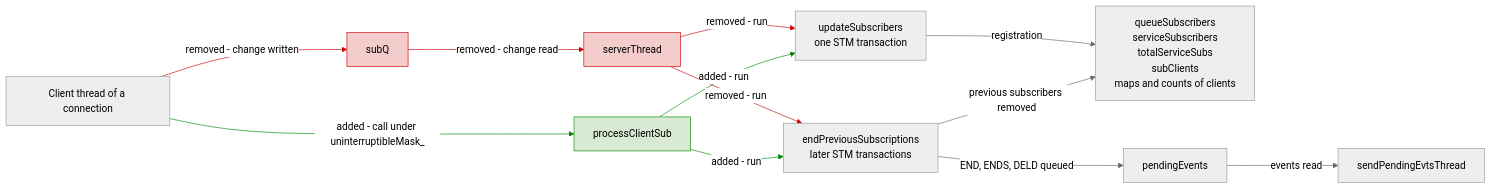
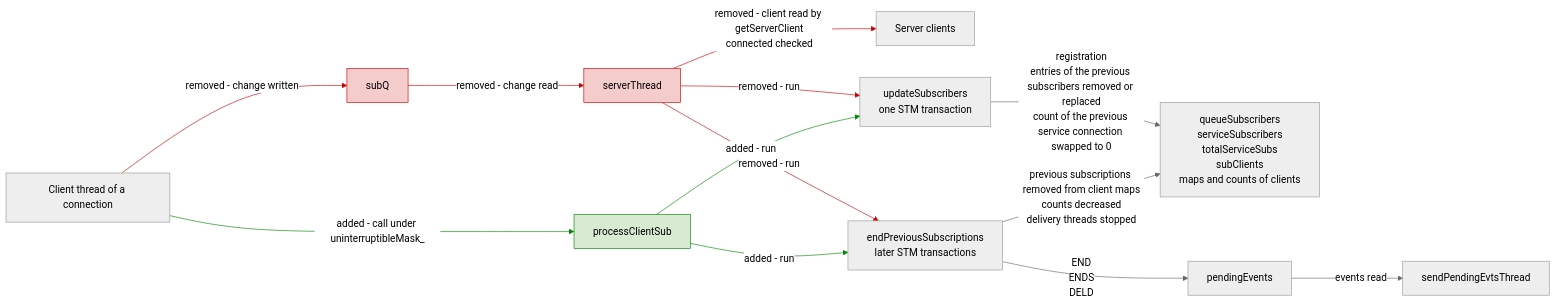
One commit to simplex-chat/simplexmq changed the first of 3 diagrams in plans/2026-10-31-sub-register-first.md. Above: the diagram before and after it, drawn with Mermaid (neutral theme). The commit also changed other lines of this file, not shown here.

Commit message:
plans: correct the diagrams and decisions of subscription processing

````diff
--- a/plans/2026-10-31-sub-register-first.md
+++ b/plans/2026-10-31-sub-register-first.md
@@ -28,29 +30,31 @@
 ```mermaid
 flowchart LR
     C[Client thread of a connection]
     Q[subQ]
     T[serverThread]
+    X[Server clients]
     P[processClientSub]
     U[updateSubscribers<br>one STM transaction]
     V[endPreviousSubscriptions<br>later STM transactions]
     R[queueSubscribers<br>serviceSubscribers<br>totalServiceSubs<br>subClients<br>maps and counts of clients]
     E[pendingEvents]
     S[sendPendingEvtsThread]
     C -- "removed - change written" --> Q
     Q -- "removed - change read" --> T
+    T -- "removed - client read by getServerClient<br>connected checked" --> X
     T -- "removed - run" --> U
     T -- "removed - run" --> V
     C -- "added - call under uninterruptibleMask_" --> P
     P -- "added - run" --> U
     P -- "added - run" --> V
-    U -- "registration" --> R
-    V -- "previous subscribers removed" --> R
-    V -- "END, ENDS, DELD queued" --> E
+    U -- "registration<br>entries of the previous subscribers removed or replaced<br>count of the previous service connection swapped to 0" --> R
+    V -- "previous subscriptions removed from client maps<br>counts decreased<br>delivery threads stopped" --> R
+    V -- "END<br>ENDS<br>DELD" --> E
     E -- "events read" --> S
     classDef removed fill:#f4cccc,stroke:#cc0000
     classDef added fill:#d9ead3,stroke:#008800
     class Q,T removed
     class P added
-    linkStyle 0,1,2,3 stroke:#cc0000
-    linkStyle 4,5,6 stroke:#008800
+    linkStyle 0,1,2,3,4 stroke:#cc0000
+    linkStyle 5,6,7 stroke:#008800
 ```
````
